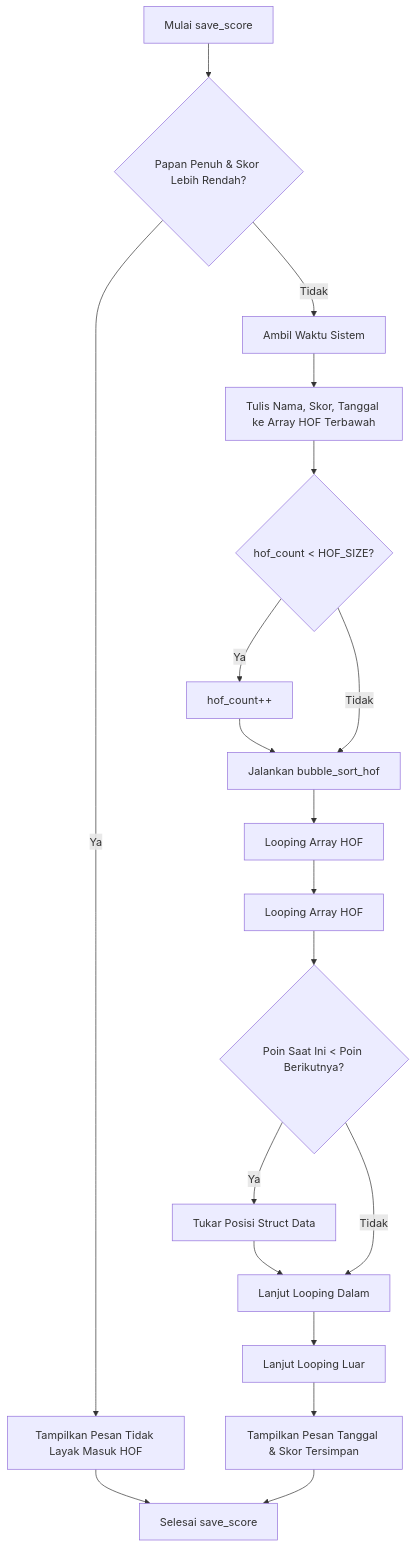
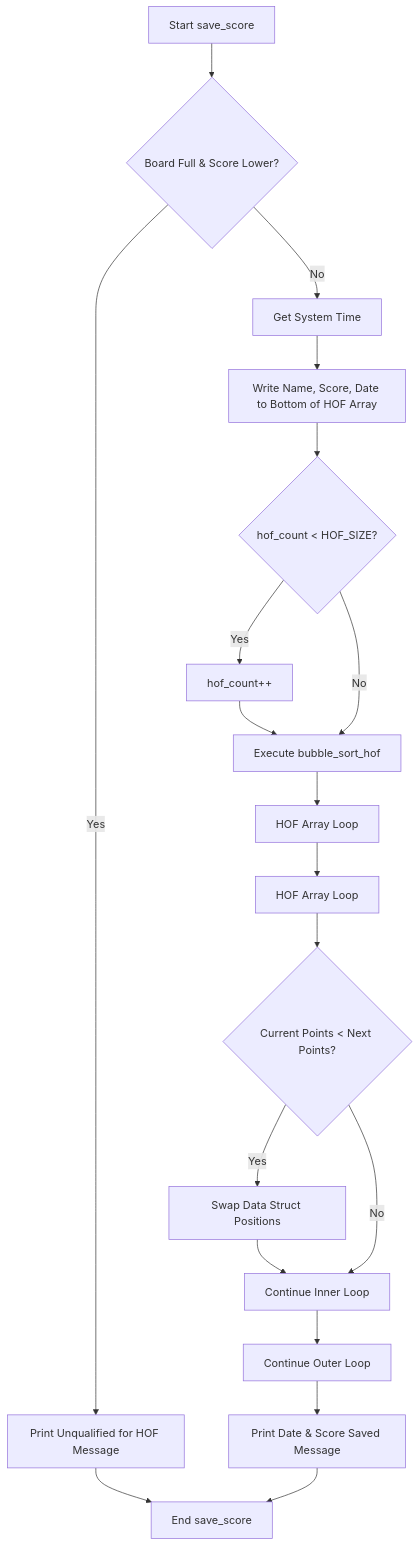
One commit to bimaardhia/tebak-kata-robotika changed the fifth of 5 diagrams in README.md. Above: the diagram before and after it, drawn with Mermaid. The commit also changed other lines of this file and 1 other file, not shown here.

````diff
--- a/README.md
+++ b/README.md
@@ -164,19 +164,19 @@
 ```mermaid
 flowchart TD
-    Start[Mulai save_score] --> CheckQualify{Papan Penuh & Skor Lebih Rendah?}
-    CheckQualify -->|Ya| Reject[Tampilkan Pesan Tidak Layak Masuk HOF] --> Selesai[Selesai save_score]
+    Start[Start save_score] --> CheckQualify{Board Full & Score Lower?}
+    CheckQualify -->|Yes| Reject[Print Unqualified for HOF Message] --> Selesai[End save_score]
 
-    CheckQualify -->|Tidak| GetTime[Ambil Waktu Sistem <localtime>]
-    GetTime --> InsertData[Tulis Nama, Skor, Tanggal ke Array HOF Terbawah]
+    CheckQualify -->|No| GetTime[Get System Time <localtime>]
+    GetTime --> InsertData[Write Name, Score, Date to Bottom of HOF Array]
     InsertData --> CheckCount{hof_count < HOF_SIZE?}
-    CheckCount -->|Ya| IncCount[hof_count++] --> Sort[Jalankan bubble_sort_hof]
-    CheckCount -->|Tidak| Sort
+    CheckCount -->|Yes| IncCount[hof_count++] --> Sort[Execute bubble_sort_hof]
+    CheckCount -->|No| Sort
 
-    Sort --> BubbleOut[Looping Array HOF <Luar>]
-    BubbleOut --> BubbleIn[Looping Array HOF <Dalam>]
-    BubbleIn --> CheckPoints{Poin Saat Ini < Poin Berikutnya?}
-    CheckPoints -->|Ya| Swap[Tukar Posisi Struct Data] --> BubbleInNext[Lanjut Looping Dalam]
-    CheckPoints -->|Tidak| BubbleInNext
-    BubbleInNext --> BubbleOutNext[Lanjut Looping Luar]
-    BubbleOutNext --> PrintSuccess[Tampilkan Pesan Tanggal & Skor Tersimpan] --> Selesai
+    Sort --> BubbleOut[HOF Array Loop <Outer>]
+    BubbleOut --> BubbleIn[HOF Array Loop <Inner>]
+    BubbleIn --> CheckPoints{Current Points < Next Points?}
+    CheckPoints -->|Yes| Swap[Swap Data Struct Positions] --> BubbleInNext[Continue Inner Loop]
+    CheckPoints -->|No| BubbleInNext
+    BubbleInNext --> BubbleOutNext[Continue Outer Loop]
+    BubbleOutNext --> PrintSuccess[Print Date & Score Saved Message] --> Selesai
 ```
````
